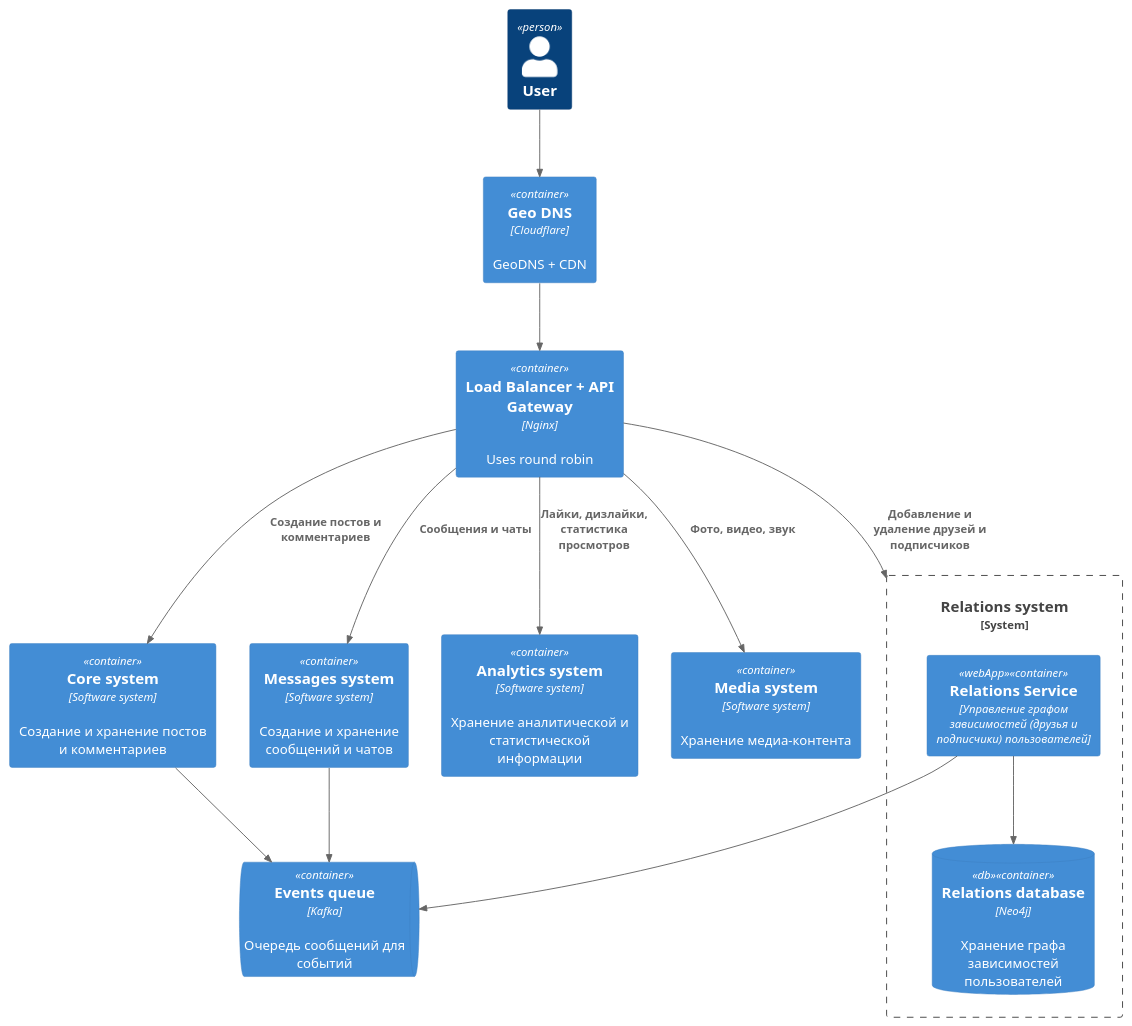
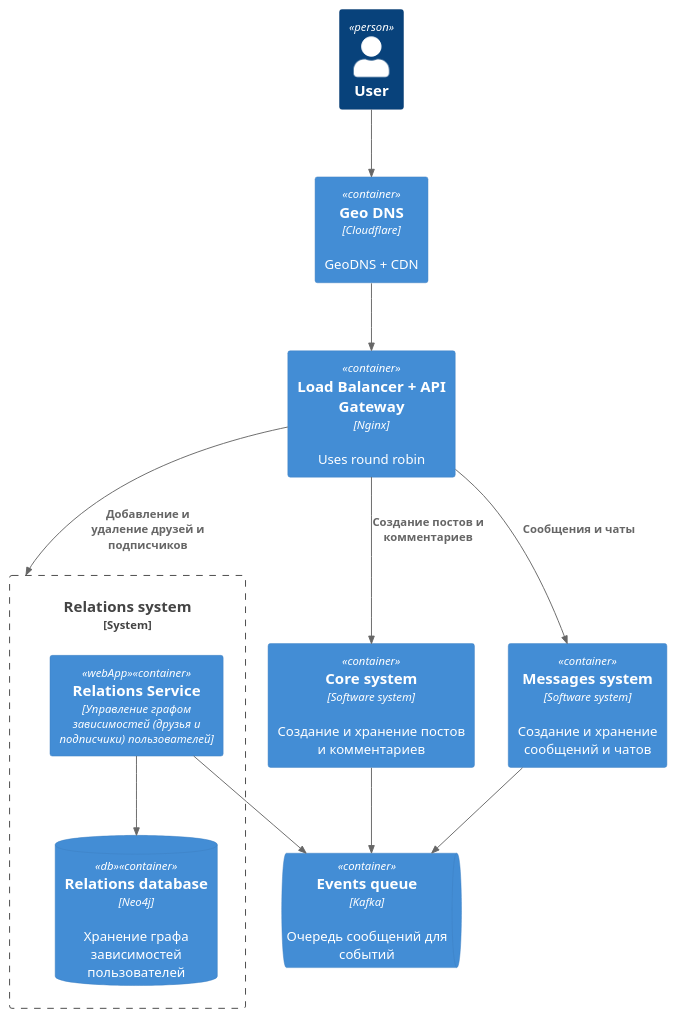
The diagram in architecture/relations_system/container.puml (ostart/social_network_system_design), drawn with PlantUML before and after one commit. The commit also changed 9 other files, not shown here.

```diff
--- a/architecture/relations_system/container.puml
+++ b/architecture/relations_system/container.puml
@@ -1,29 +1,25 @@
 @startuml
 !include https://raw.githubusercontent.com/plantuml-stdlib/C4-PlantUML/master/C4_Container.puml
 
 Person(user, "User")
 Container(geoDns, "Geo DNS", "Cloudflare", "GeoDNS + CDN")
 Container(loadBalancer, "Load Balancer + API Gateway", "Nginx", "Uses round robin")
 ContainerQueue(messageQueue, "Events queue", "Kafka", "Очередь сообщений для событий")
 
 System_Boundary(relationsSystem, "Relations system") {
     Container(relationsService, "Relations Service", "Управление графом зависимостей (друзья и подписчики) пользователей", $tags="webApp")
     ContainerDb(relationsDatabase, "Relations database", "Neo4j", "Хранение графа зависимостей пользователей",  $tags="db")
 }
 Container(coreSystem, "Core system", "Software system", "Создание и хранение постов и комментариев")
 Container(messagesSystem, "Messages system", "Software system", "Создание и хранение сообщений и чатов")
-Container(analyticsSystem, "Analytics system", "Software system", "Хранение аналитической и статистической информации")
-Container(mediaSystem, "Media system", "Software system", "Хранение медиа-контента")
 
 Rel(user, geoDns, "")
 Rel(geoDns, loadBalancer, "")
 Rel(loadBalancer, relationsSystem, "Добавление и удаление друзей и подписчиков")
 Rel(loadBalancer, coreSystem, "Создание постов и комментариев")
-Rel(loadBalancer, analyticsSystem, "Лайки, дизлайки, статистика просмотров")
 Rel(loadBalancer, messagesSystem, "Сообщения и чаты")
-Rel(loadBalancer, mediaSystem, "Фото, видео, звук")
 Rel(relationsService, messageQueue, "")
 Rel(coreSystem, messageQueue, "")
 Rel(messagesSystem, messageQueue, "")
 Rel(relationsService, relationsDatabase, "")
 @enduml
```
